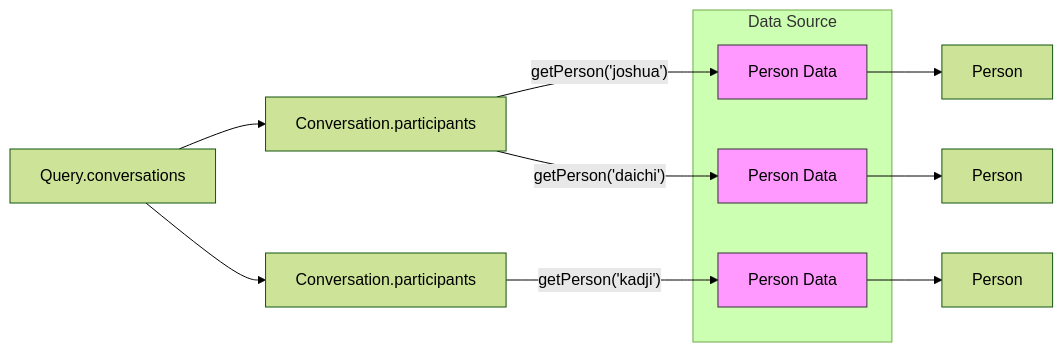
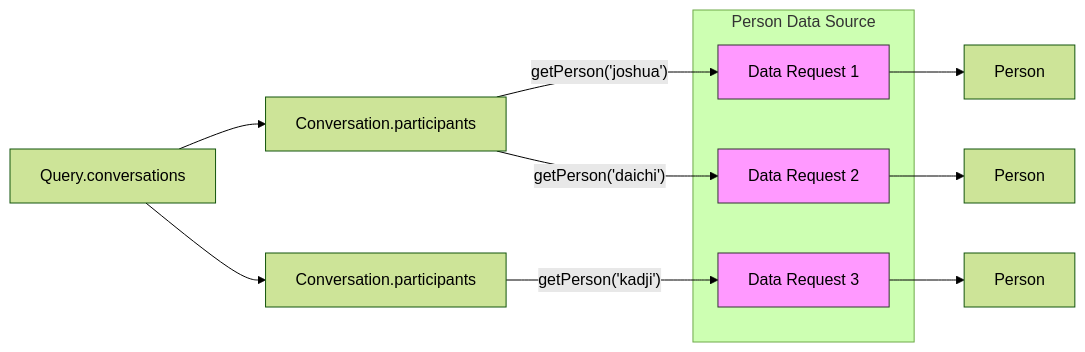
Before and after one commit to ira-kaundal/graphitation: the second of 4 diagrams in website/docs/learn-graphql/guides/graphql-execution.md, drawn with Mermaid (forest theme). The commit also changed other lines of this file, not shown here.

````diff
--- a/website/docs/learn-graphql/guides/graphql-execution.md
+++ b/website/docs/learn-graphql/guides/graphql-execution.md
@@ -346,19 +346,19 @@
 ```mermaid
 graph LR
   Q["Query.conversations"] --> C1["Conversation.participants"]
   Q --> C2["Conversation.participants"]
-  subgraph Data Source
-    P1["Person Data"]
-    P2["Person Data"]
-    P3["Person Data"]
+  subgraph Person Data Source
+    P1["Data Request 1"]
+    P2["Data Request 2"]
+    P3["Data Request 3"]
   end
   C1 -->|"getPerson('joshua')"| P1
   C1 -->|"getPerson('daichi')"| P2
   C2 -->|"getPerson('kadji')"| P3
   P1 --> U1["Person"]
   P2 --> U2["Person"]
   P3 --> U3["Person"]
 
 classDef external fill:#f9f,stroke:#333;
 class P1,P2,P3 external;
 ```
````
